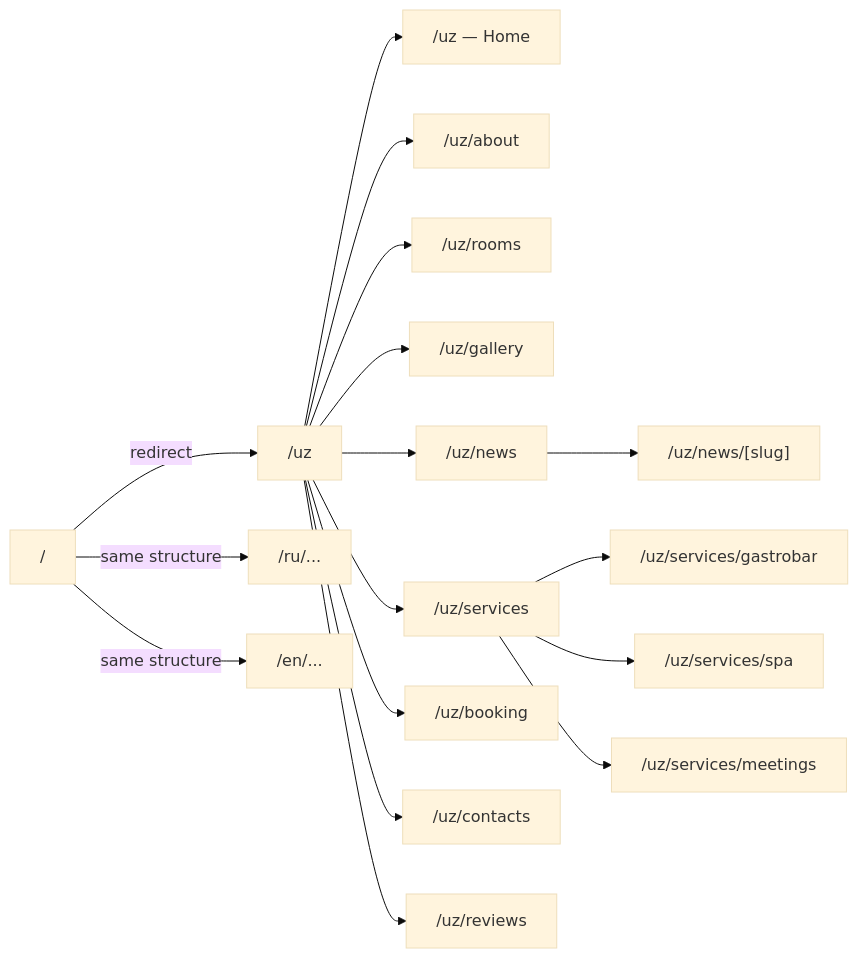
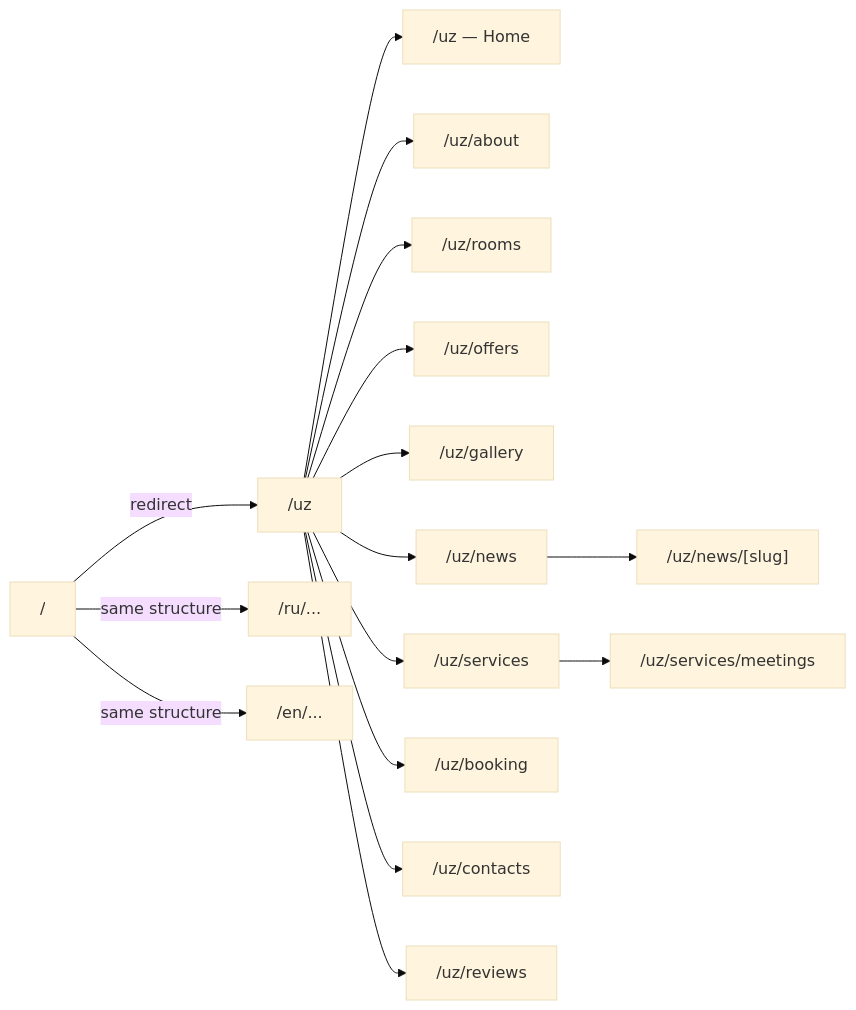
The fourth of 5 diagrams in README.md (Botirjon777/ferganahotel), drawn with Mermaid (base theme) before and after one commit. The commit also changed other lines of this file, not shown here.

````diff
--- a/README.md
+++ b/README.md
@@ -288,21 +289,20 @@
 ```mermaid
 graph LR
     ROOT["/"] -->|redirect| UZ["/uz"]
 
     UZ --> HOME["/uz — Home"]
     UZ --> ABOUT["/uz/about"]
     UZ --> ROOMS["/uz/rooms"]
+    UZ --> OFFERS["/uz/offers"]
     UZ --> GALLERY["/uz/gallery"]
     UZ --> NEWS["/uz/news"]
     NEWS --> SLUG["/uz/news/[slug]"]
     UZ --> SVC["/uz/services"]
-    SVC --> GASTRO["/uz/services/gastrobar"]
-    SVC --> SPA["/uz/services/spa"]
     SVC --> MEET["/uz/services/meetings"]
     UZ --> BOOK["/uz/booking"]
     UZ --> CONTACTS["/uz/contacts"]
     UZ --> REV["/uz/reviews"]
 
     ROOT -->|same structure| RU["/ru/..."]
     ROOT -->|same structure| EN["/en/..."]
 ```
````
